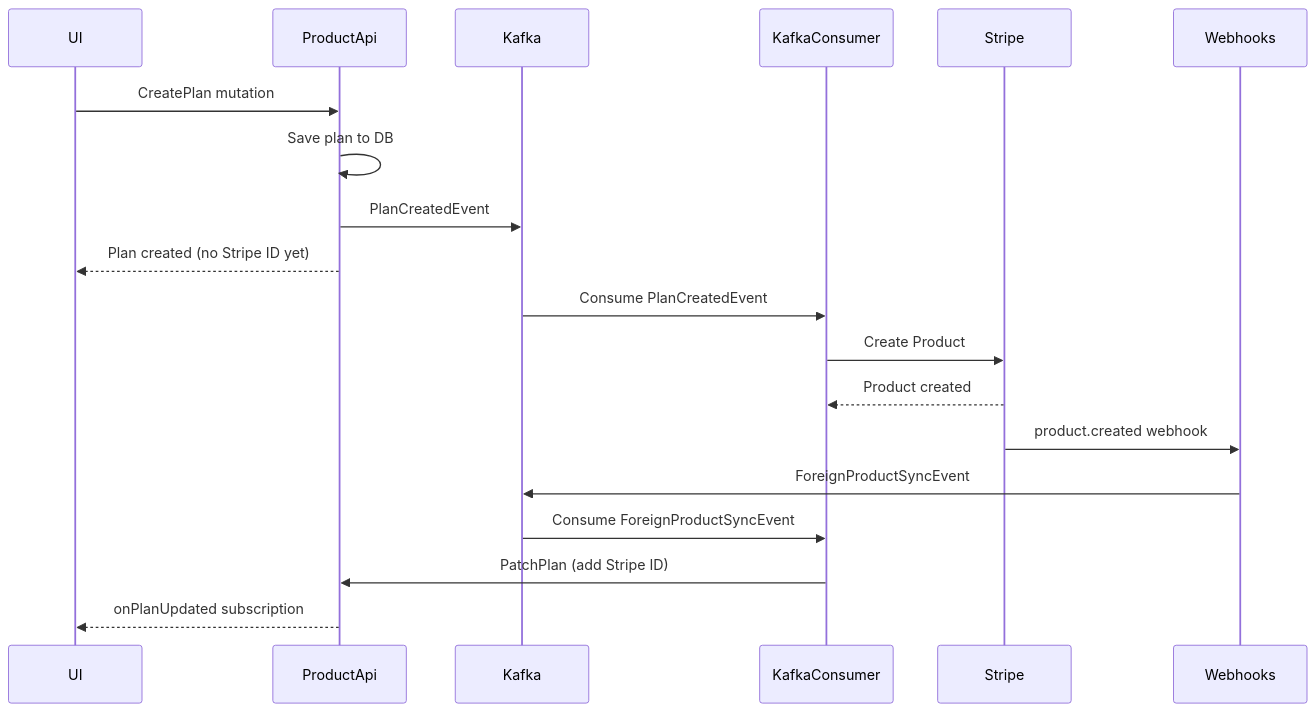
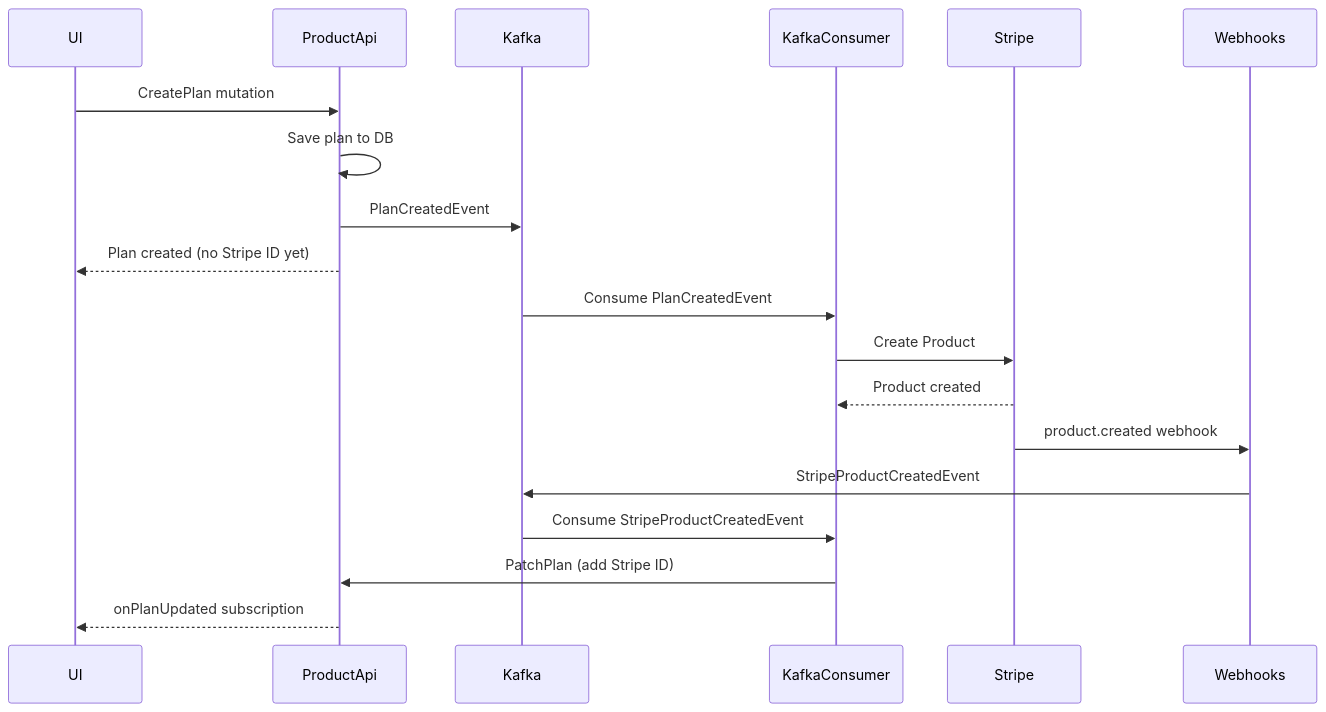
The second of 2 diagrams in mkdocs/docs/integrations/stripe.md (getnudges/monov4), drawn with Mermaid before and after one commit. The commit also changed 37 other files, not shown here.

Commit message:
Got rid of foreign product concept in events

````diff
--- a/mkdocs/docs/integrations/stripe.md
+++ b/mkdocs/docs/integrations/stripe.md
@@ -90,25 +90,25 @@
 ```mermaid
 sequenceDiagram
     participant UI
     participant ProductApi
     participant Kafka
     participant KafkaConsumer
     participant Stripe
     participant Webhooks
 
     UI->>ProductApi: CreatePlan mutation
     ProductApi->>ProductApi: Save plan to DB
     ProductApi->>Kafka: PlanCreatedEvent
     ProductApi-->>UI: Plan created (no Stripe ID yet)
 
     Kafka->>KafkaConsumer: Consume PlanCreatedEvent
     KafkaConsumer->>Stripe: Create Product
     Stripe-->>KafkaConsumer: Product created
 
     Stripe->>Webhooks: product.created webhook
-    Webhooks->>Kafka: ForeignProductSyncEvent
+    Webhooks->>Kafka: StripeProductCreatedEvent
 
-    Kafka->>KafkaConsumer: Consume ForeignProductSyncEvent
+    Kafka->>KafkaConsumer: Consume StripeProductCreatedEvent
     KafkaConsumer->>ProductApi: PatchPlan (add Stripe ID)
     ProductApi-->>UI: onPlanUpdated subscription
 ```
````
